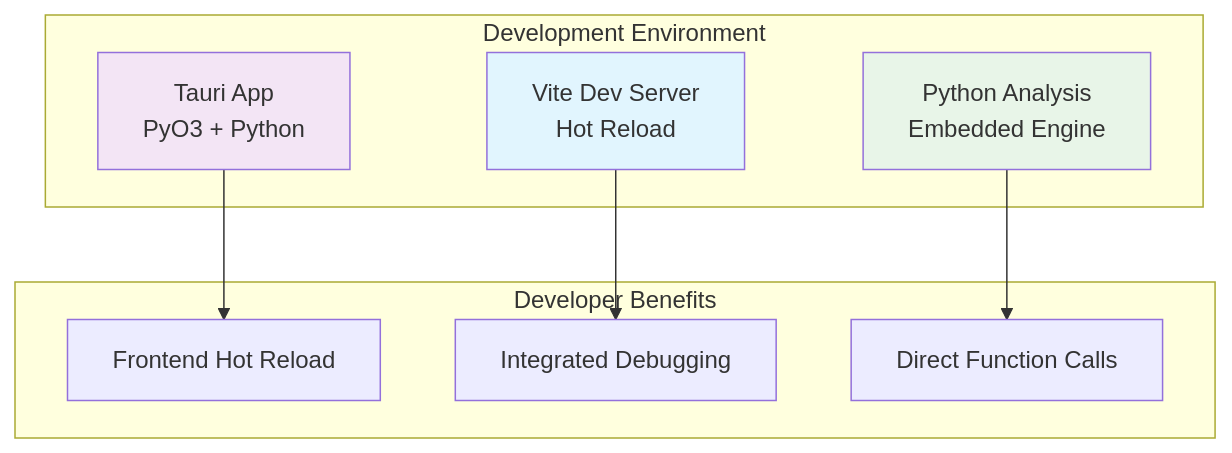
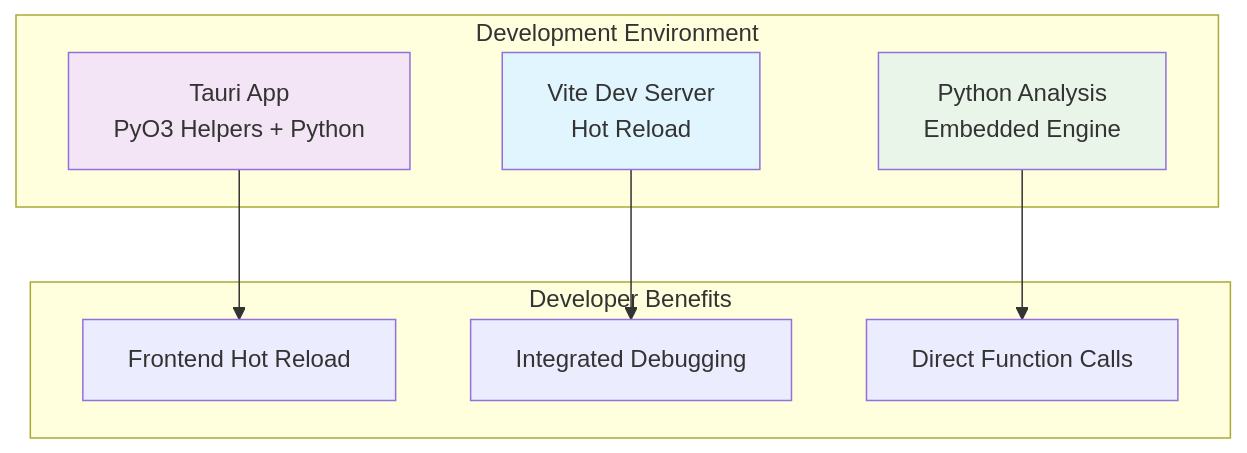
The fifth of 6 diagrams in docs/development/development-architecture.md (boost-edu-tools/gitinspectorgui), drawn with Mermaid before and after one commit. The commit also changed other lines of this file and 19 other files, not shown here.

First line of the commit message:
docs: update architecture from raw PyO3 to simplified helper functions

````diff
--- a/docs/development/development-architecture.md
+++ b/docs/development/development-architecture.md
@@ -483,22 +485,22 @@
 ```mermaid
 graph TB
     subgraph "Development Environment"
-        A[Tauri App<br/>PyO3 + Python]
+        A[Tauri App<br/>PyO3 Helpers + Python]
         B[Vite Dev Server<br/>Hot Reload]
         C[Python Analysis<br/>Embedded Engine]
     end
 
     subgraph "Developer Benefits"
         D[Frontend Hot Reload]
         E[Integrated Debugging]
         F[Direct Function Calls]
     end
 
     A --> D
     B --> E
     C --> F
 
     style A fill:#f3e5f5
     style B fill:#e1f5fe
     style C fill:#e8f5e8
 ```
````
